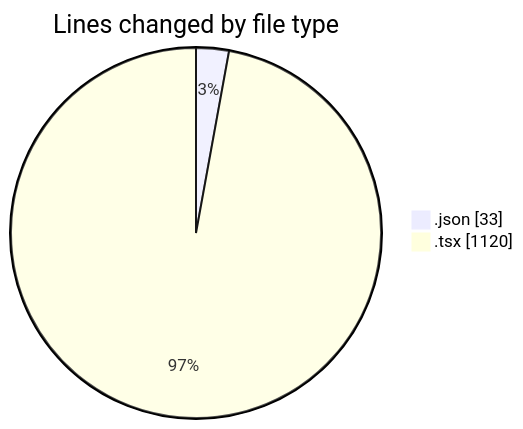
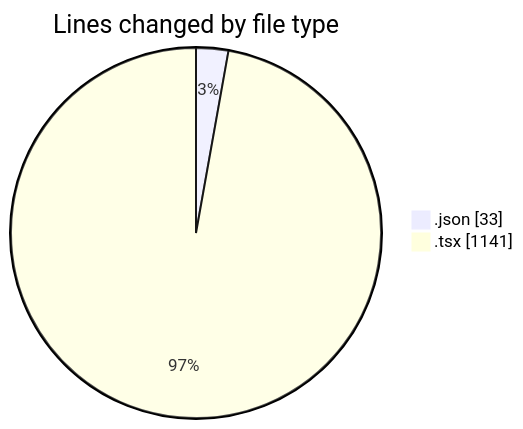
One commit to Elitesun/code-tracking changed the first of 2 diagrams in 2025-03-11/projet_stage/README.md. Above: the diagram before and after it, drawn with Mermaid. The commit also changed other lines of this file and 1 other file, not shown here.

````diff
--- a/2025-03-11/projet_stage/README.md
+++ b/2025-03-11/projet_stage/README.md
@@ -30,6 +30,6 @@
 ```mermaid
 pie showData
 title Lines changed by file type
 ".json" : 33
-".tsx" : 1120
+".tsx" : 1141
 ```
````
